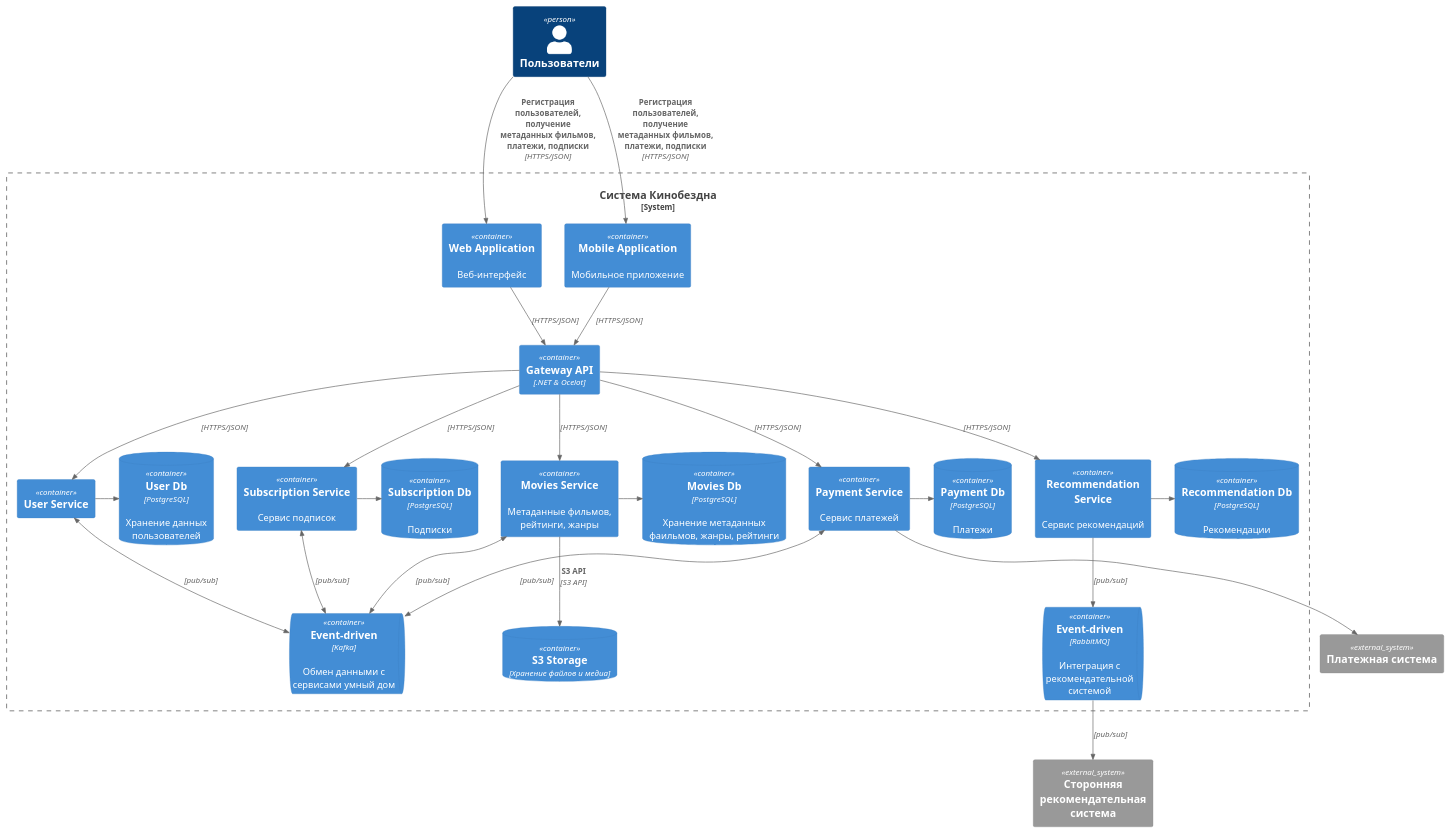
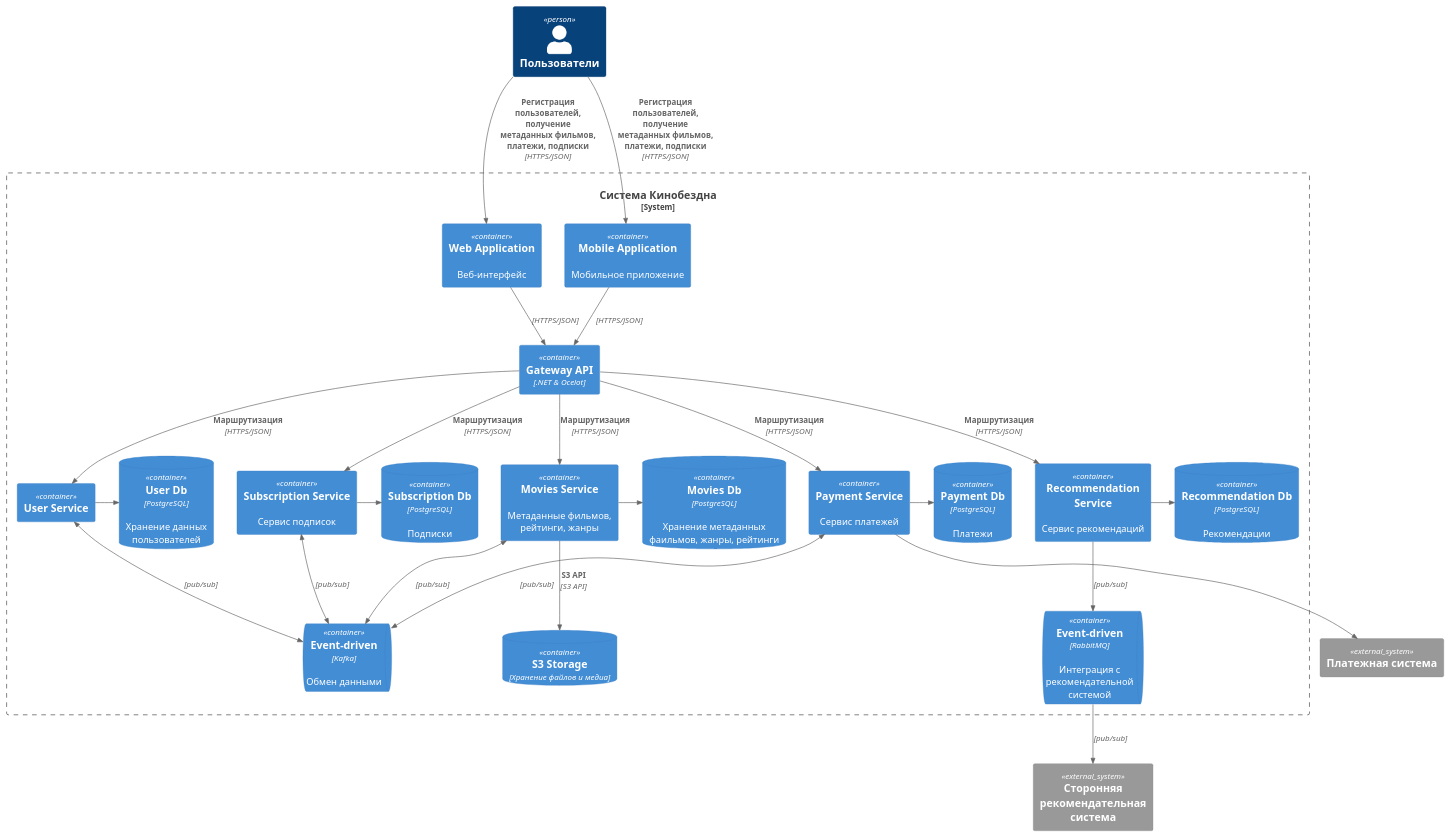
One commit to pvmasny/yandex-arch-pro-02 changed the diagram in diagrams/container/container.puml. Above: the diagram before and after it, drawn with PlantUML. The commit also changed 1 other file, not shown here.

```diff
--- a/diagrams/container/container.puml
+++ b/diagrams/container/container.puml
@@ -1,61 +1,66 @@
 @startuml
 top to bottom direction
 
 !include ../C4/C4_Container.puml
 
 Person(user, "Пользователи", "")
 
 System_Boundary(cinema_abyss, "Система Кинобездна") {
     Container(web_app, "Web Application", "", "Веб-интерфейс")
     Container(mobile_app, "Mobile Application", "", "Мобильное приложение")
     Container(gateway, "Gateway API", ".NET & Ocelot")
+    'Container(events_service, "Events Service", "", "Сервис событий")
     Container(user_service, "User Service")
     ContainerDb(user_db, "User Db", "PostgreSQL", "Хранение данных пользователей")
     Container(movies_service, "Movies Service", "", "Метаданные фильмов, рейтинги, жанры")
     ContainerDb(movies_db, "Movies Db", "PostgreSQL", "Хранение метаданных фаильмов, жанры, рейтинги")
     Container(subscription_service, "Subscription Service", "", "Сервис подписок")
     ContainerDb(subscription_db, "Subscription Db", "PostgreSQL", "Подписки")
     Container(recommendation_service, "Recommendation Service", "", "Сервис рекомендаций")
     ContainerDb(recommendation_db, "Recommendation Db", "PostgreSQL", "Рекомендации")
     Container(payment_service, "Payment Service", "", "Сервис платежей")
     ContainerDb(payment_db, "Payment Db", "PostgreSQL", "Платежи")
-    ContainerQueue(kafka, "Event-driven", "Kafka", "Обмен данными c сервисами умный дом")
+    ContainerQueue(kafka, "Event-driven", "Kafka", "Обмен данными")
     ContainerQueue(rabbitMq, "Event-driven", "RabbitMQ", "Интеграция c рекомендательной системой")
     ContainerDb(s3, "S3 Storage", "Хранение файлов и медиа")
 }
 
 System_Ext(payment, "Платежная система")
 System_Ext(recommendation, "Сторонняя рекомендательная система")
 
 Rel_D(user,web_app,"Регистрация пользователей, получение метаданных фильмов, платежи, подписки", "HTTPS/JSON")
 Rel_D(user,mobile_app,"Регистрация пользователей, получение метаданных фильмов, платежи, подписки", "HTTPS/JSON")
 
 Rel_D(web_app,gateway,"", "HTTPS/JSON")
 Rel_D(mobile_app,gateway,"", "HTTPS/JSON")
 
-Rel_D(gateway,user_service,"", "HTTPS/JSON")
-Rel_D(gateway,movies_service,"", "HTTPS/JSON")
-Rel_D(gateway,subscription_service,"", "HTTPS/JSON")
-Rel_D(gateway,recommendation_service,"", "HTTPS/JSON")
-Rel_D(gateway,payment_service,"", "HTTPS/JSON")
+Rel_D(gateway,user_service,"Маршрутизация", "HTTPS/JSON")
+Rel_D(gateway,movies_service,"Маршрутизация", "HTTPS/JSON")
+Rel_D(gateway,subscription_service,"Маршрутизация", "HTTPS/JSON")
+Rel_D(gateway,recommendation_service,"Маршрутизация", "HTTPS/JSON")
+Rel_D(gateway,payment_service,"Маршрутизация", "HTTPS/JSON")
 
 Rel_R(user_service, user_db, "")
 Rel_R(movies_service, movies_db, "")
 Rel_D(movies_service, s3, "S3 API", "S3 API")
 Rel_R(subscription_service, subscription_db, "")
 Rel_R(recommendation_service, recommendation_db, "")
 Rel_R(payment_service, payment_db, "")
 
+'events_service <-[hidden]- movies_service
+
+'BiRel_U(events_service, kafka, "", "pub,sub")
 BiRel_D(user_service,kafka,"", "pub/sub")
 BiRel_D(movies_service,kafka,"", "pub/sub")
 BiRel_D(subscription_service,kafka,"", "pub/sub")
 BiRel_D(payment_service,kafka,"", "pub/sub")
+
 
 Rel_D(payment_service,payment,"", "")
 Rel_D(recommendation_service,rabbitMq,"", "pub/sub")
 Rel_D(rabbitMq,recommendation,"", "pub/sub")
 
 
 
 
 @enduml
```
